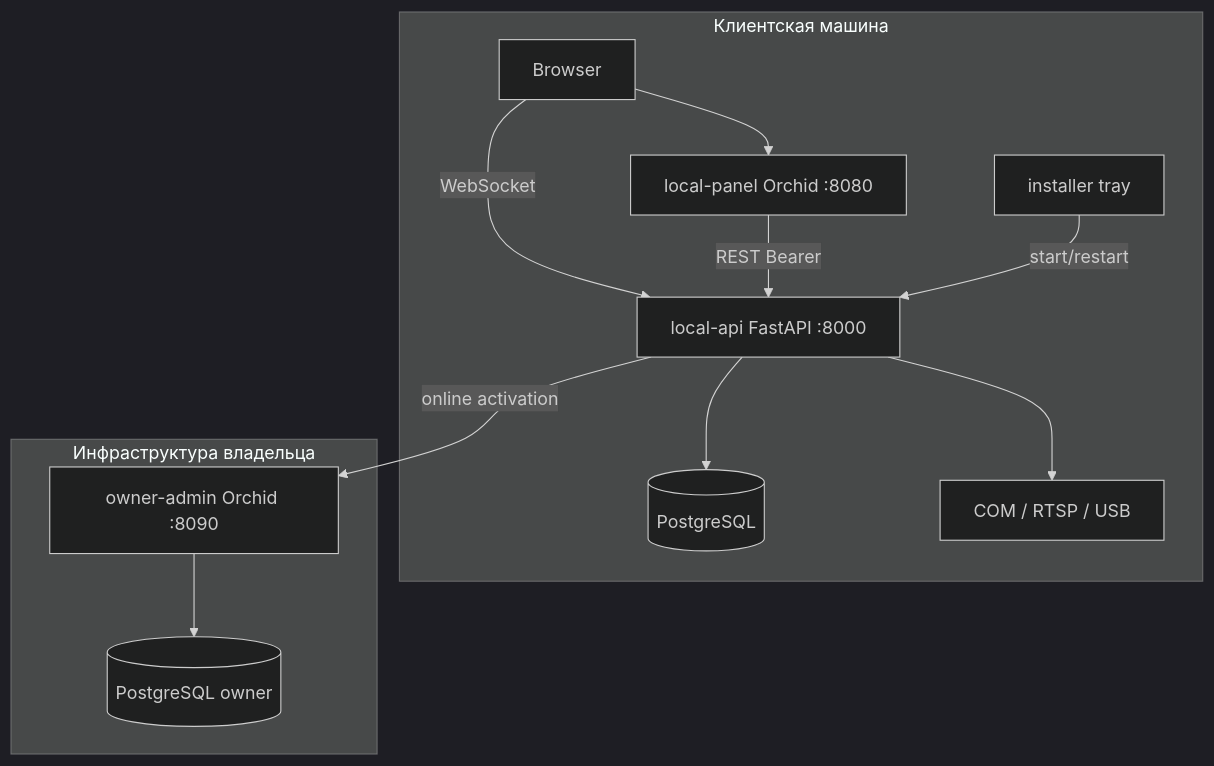
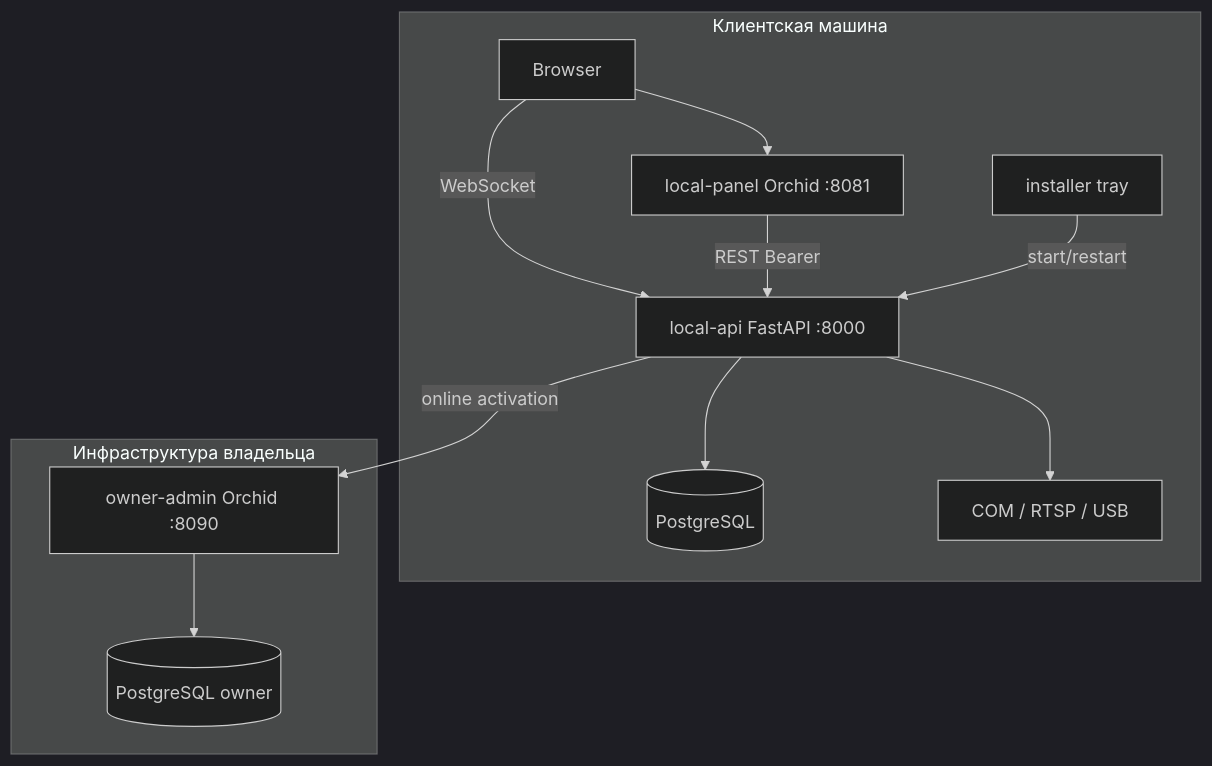
Before and after one commit to TestDevelopeer/autoscale: the first of 4 diagrams in docs/02-architecture.md, drawn with Mermaid (dark theme). The commit also changed other lines of this file and 15 other files, not shown here.

Commit message:
Move local panel demo port to 8081

````diff
--- a/docs/02-architecture.md
+++ b/docs/02-architecture.md
@@ -7,23 +7,23 @@
 ```mermaid
 flowchart TB
   subgraph client [Клиентская машина]
     Browser[Browser]
-    Panel[local-panel Orchid :8080]
+    Panel[local-panel Orchid :8081]
     API[local-api FastAPI :8000]
     DB[(PostgreSQL)]
     Tray[installer tray]
     HW[COM / RTSP / USB]
   end
   subgraph cloud [Инфраструктура владельца]
     Owner[owner-admin Orchid :8090]
     OwnerDB[(PostgreSQL owner)]
   end
   Browser --> Panel
   Browser -->|WebSocket| API
   Panel -->|REST Bearer| API
   API --> DB
   API --> HW
   Tray -->|start/restart| API
   API -->|online activation| Owner
   Owner --> OwnerDB
 ```
````
